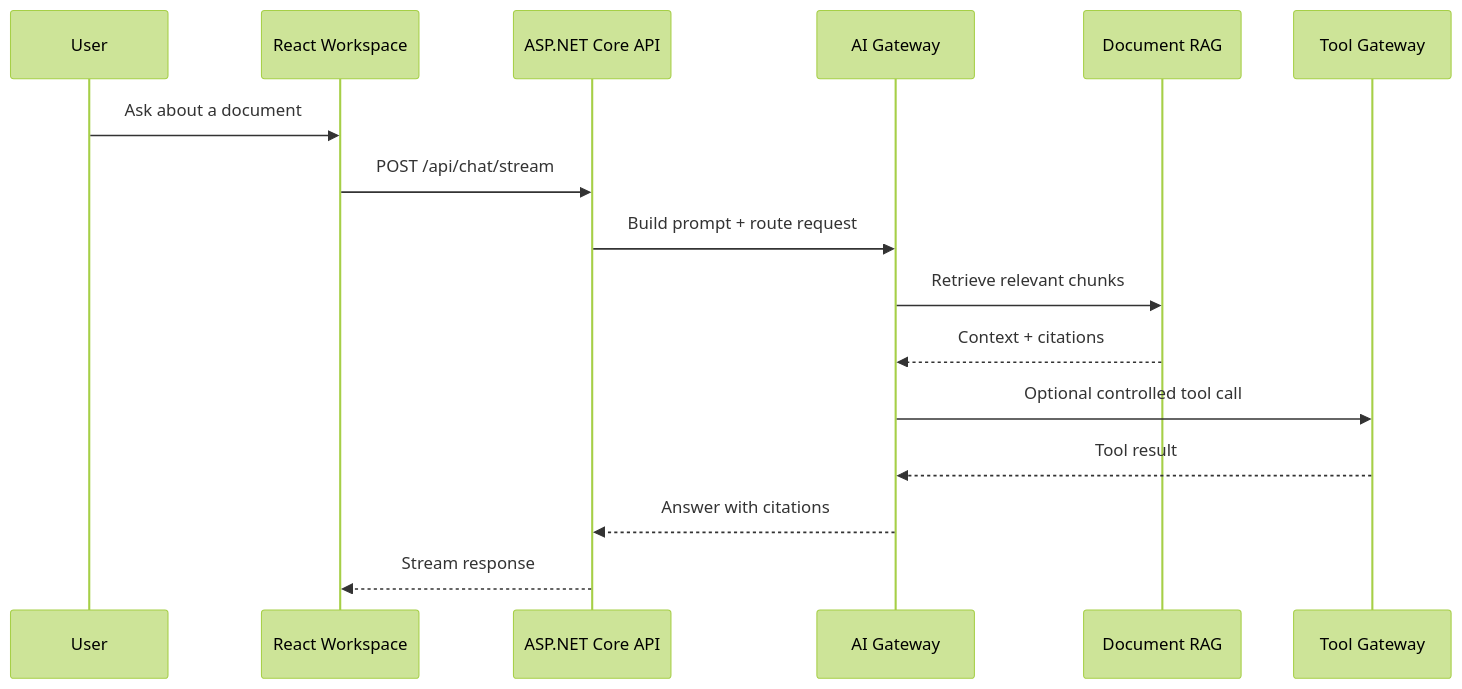
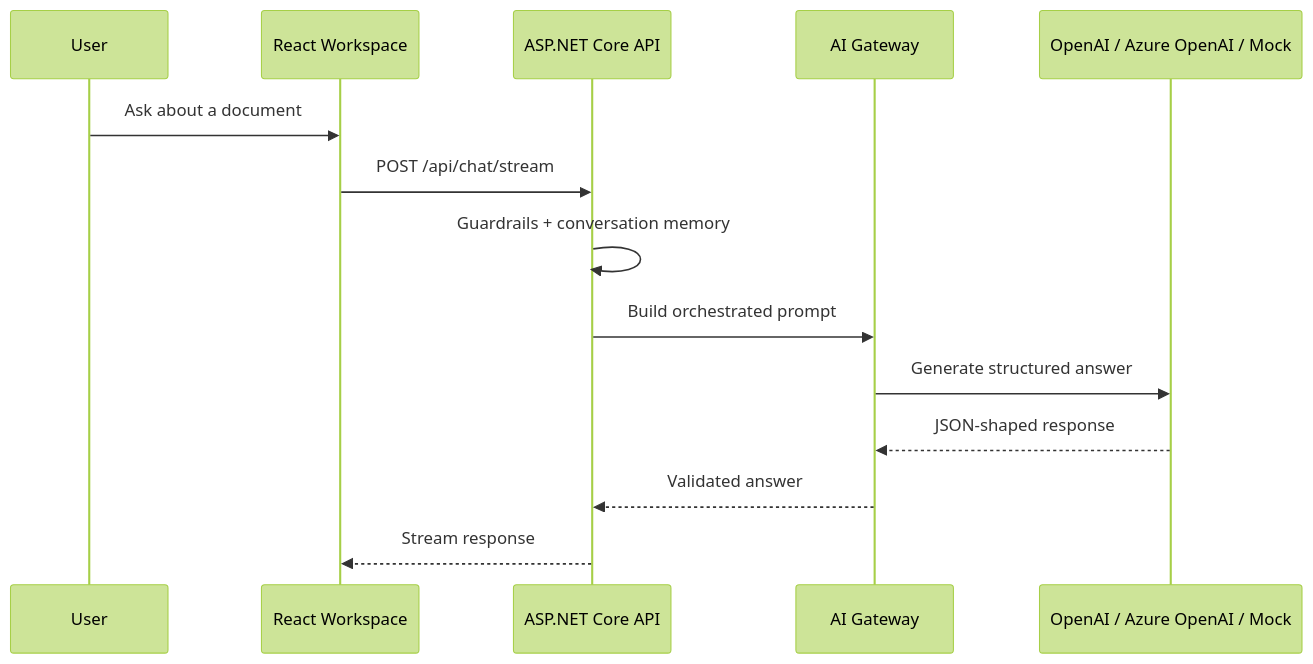
Before and after one commit to haoyucheng369-gif/enterprise-ai-document-assistant: the second of 2 diagrams in README.md, drawn with Mermaid (forest theme). The commit also changed other lines of this file and 25 other files, not shown here.

````diff
--- a/README.md
+++ b/README.md
@@ -46,19 +43,17 @@
 ```mermaid
 sequenceDiagram
     participant U as User
     participant UI as React Workspace
     participant API as ASP.NET Core API
     participant AI as AI Gateway
-    participant RAG as Document RAG
-    participant Tools as Tool Gateway
+    participant Model as OpenAI / Azure OpenAI / Mock
 
     U->>UI: Ask about a document
     UI->>API: POST /api/chat/stream
-    API->>AI: Build prompt + route request
-    AI->>RAG: Retrieve relevant chunks
-    RAG-->>AI: Context + citations
-    AI->>Tools: Optional controlled tool call
-    Tools-->>AI: Tool result
-    AI-->>API: Answer with citations
+    API->>API: Guardrails + conversation memory
+    API->>AI: Build orchestrated prompt
+    AI->>Model: Generate structured answer
+    Model-->>AI: JSON-shaped response
+    AI-->>API: Validated answer
     API-->>UI: Stream response
 ```
````
